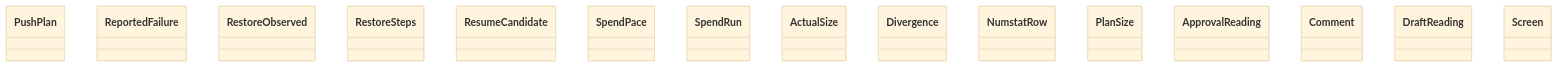
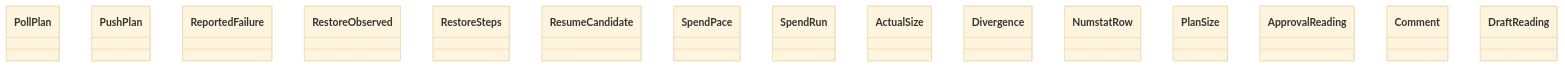
The diagram in docs/architecture/generated/classes-process-domain-state-3.md (GonzaloZevallos/agentic-system), drawn with Mermaid (base theme) before and after one commit. The commit also changed 11 other files, not shown here.

````diff
--- a/docs/architecture/generated/classes-process-domain-state-3.md
+++ b/docs/architecture/generated/classes-process-domain-state-3.md
@@ -32,18 +32,18 @@
 ```mermaid
 classDiagram
+    class rules__PollPlan["PollPlan"]
     class rules__PushPlan["PushPlan"]
     class rules__ReportedFailure["ReportedFailure"]
     class rules__RestoreObserved["RestoreObserved"]
     class rules__RestoreSteps["RestoreSteps"]
     class rules__ResumeCandidate["ResumeCandidate"]
     class rules__SpendPace["SpendPace"]
     class rules__SpendRun["SpendRun"]
     class size_budget__ActualSize["ActualSize"]
     class size_budget__Divergence["Divergence"]
     class size_budget__NumstatRow["NumstatRow"]
     class size_budget__PlanSize["PlanSize"]
     class spec_approval__ApprovalReading["ApprovalReading"]
     class spec_approval__Comment["Comment"]
     class spec_delivery__DraftReading["DraftReading"]
-    class spec_delivery__Screen["Screen"]
 ```
````
